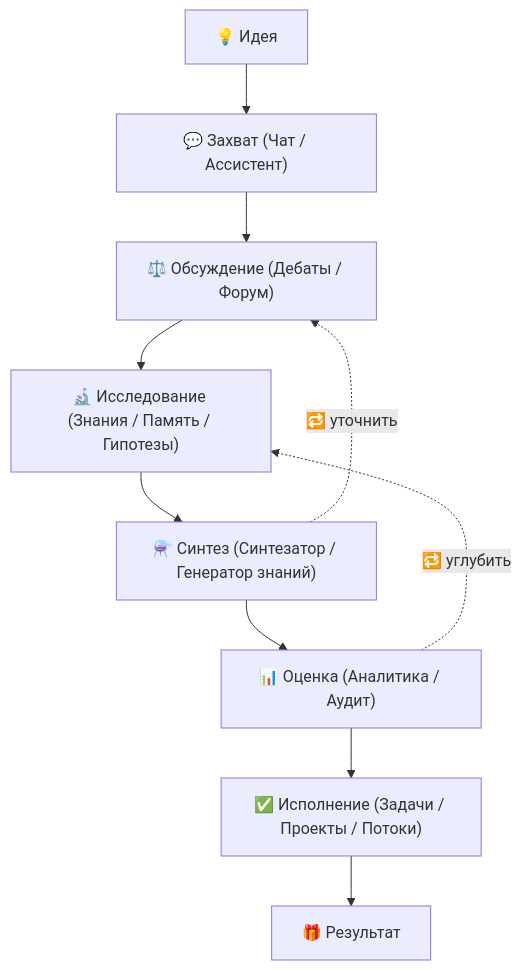
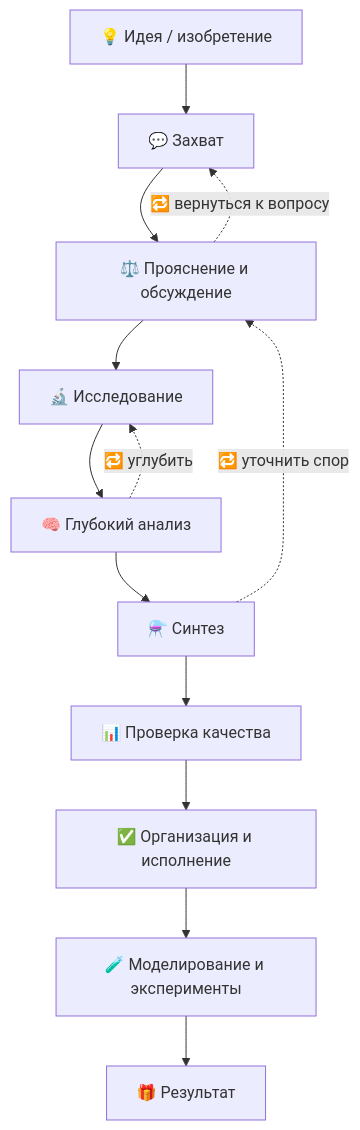
Before and after one commit to egilyad/ai-os-new: the diagram in docs/wiki/idea-path.md, drawn with Mermaid. The commit also changed other lines of this file and 1 other file, not shown here.

Commit message:
docs(wiki): rewrite Путь идеи — full 8-stage schema and 40 scenarios

````diff
--- a/docs/wiki/idea-path.md
+++ b/docs/wiki/idea-path.md
@@ -13,12 +13,15 @@
 ```mermaid
 flowchart TD
-    A["💡 Идея"] --> B["💬 Захват (Чат / Ассистент)"]
-    B --> C["⚖️ Обсуждение (Дебаты / Форум)"]
-    C --> D["🔬 Исследование (Знания / Память / Гипотезы)"]
-    D --> E["⚗️ Синтез (Синтезатор / Генератор знаний)"]
-    E --> F["📊 Оценка (Аналитика / Аудит)"]
-    F --> G["✅ Исполнение (Задачи / Проекты / Потоки)"]
-    G --> H["🎁 Результат"]
-    E -. "🔁 уточнить" .-> C
-    F -. "🔁 углубить" .-> D
+    A["💡 Идея / изобретение"] --> B["💬 Захват"]
+    B --> C["⚖️ Прояснение и обсуждение"]
+    C --> D["🔬 Исследование"]
+    D --> E["🧠 Глубокий анализ"]
+    E --> F["⚗️ Синтез"]
+    F --> G["📊 Проверка качества"]
+    G --> H["✅ Организация и исполнение"]
+    H --> I["🧪 Моделирование и эксперименты"]
+    I --> J["🎁 Результат"]
+    C -. "🔁 вернуться к вопросу" .-> B
+    E -. "🔁 углубить" .-> D
+    F -. "🔁 уточнить спор" .-> C
 ```
````
